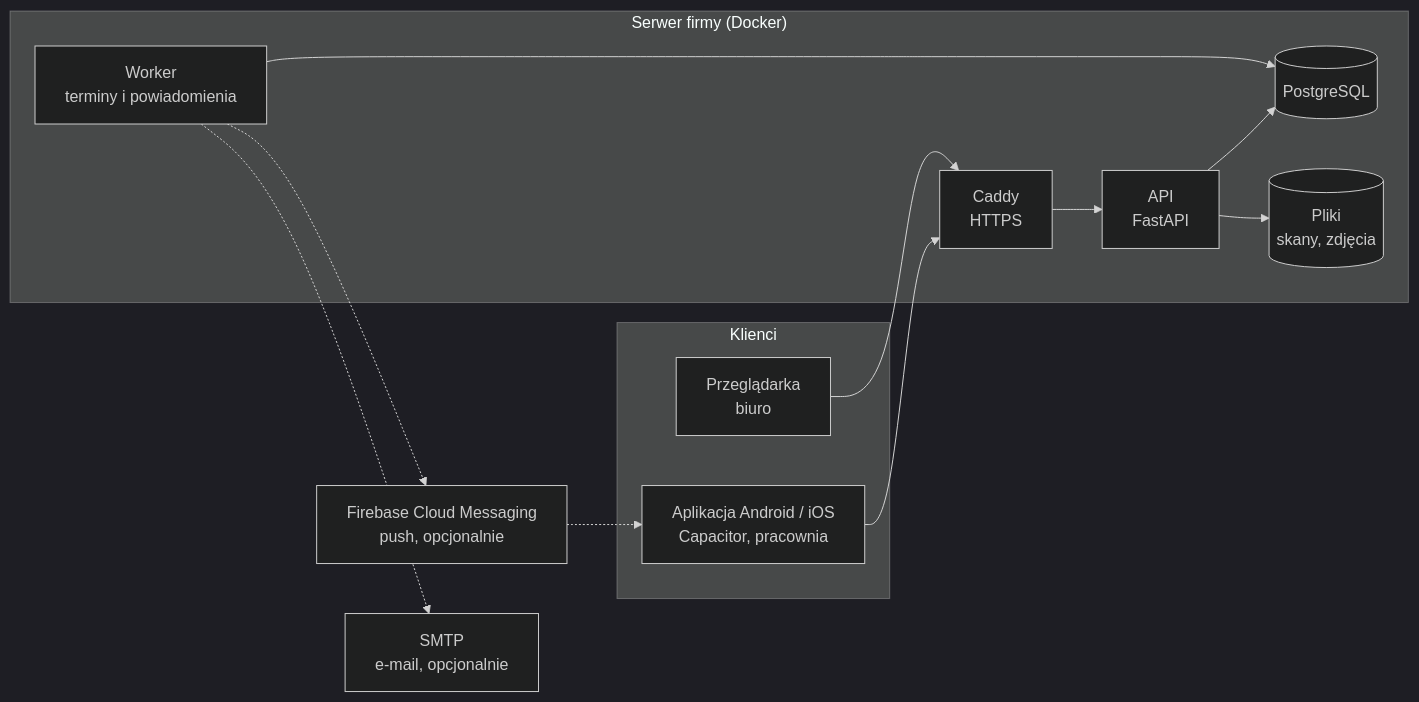
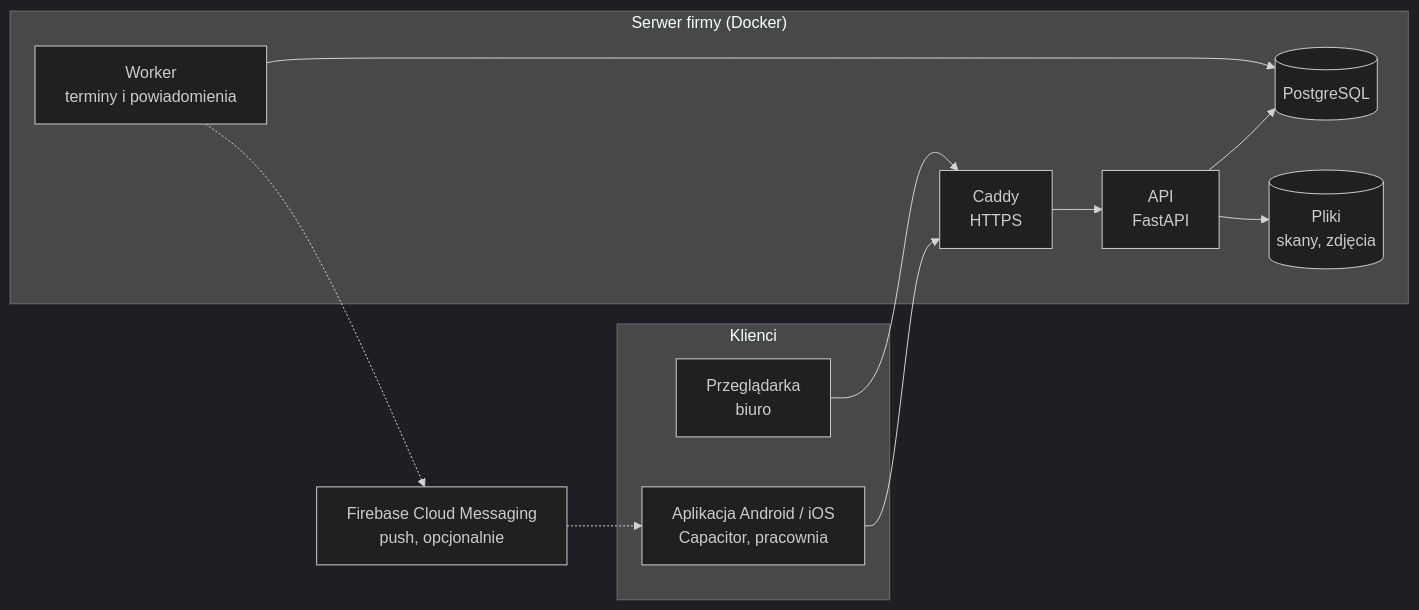
One commit to Andrii949/Innovation-Hack changed the first of 8 diagrams in docs/02-architektura.md. Above: the diagram before and after it, drawn with Mermaid (dark theme). The commit also changed other lines of this file and 2 other files, not shown here.

First line of the commit message:
docs(notifications): drop e-mail channel from notification rules (#12)

````diff
--- a/docs/02-architektura.md
+++ b/docs/02-architektura.md
@@ -34,25 +34,23 @@
 ```mermaid
 flowchart LR
   subgraph Klienci
     W["Przeglądarka<br/>biuro"]
     M["Aplikacja Android / iOS<br/>Capacitor, pracownia"]
   end
   subgraph Serwer["Serwer firmy (Docker)"]
     P["Caddy<br/>HTTPS"]
     A["API<br/>FastAPI"]
     K["Worker<br/>terminy i powiadomienia"]
     D[("PostgreSQL")]
     F[("Pliki<br/>skany, zdjęcia")]
   end
   FCM["Firebase Cloud Messaging<br/>push, opcjonalnie"]
-  SMTP["SMTP<br/>e-mail, opcjonalnie"]
   W --> P
   M --> P
   P --> A
   A --> D
   A --> F
   K --> D
   K -.-> FCM
-  K -.-> SMTP
   FCM -.-> M
 ```
````
